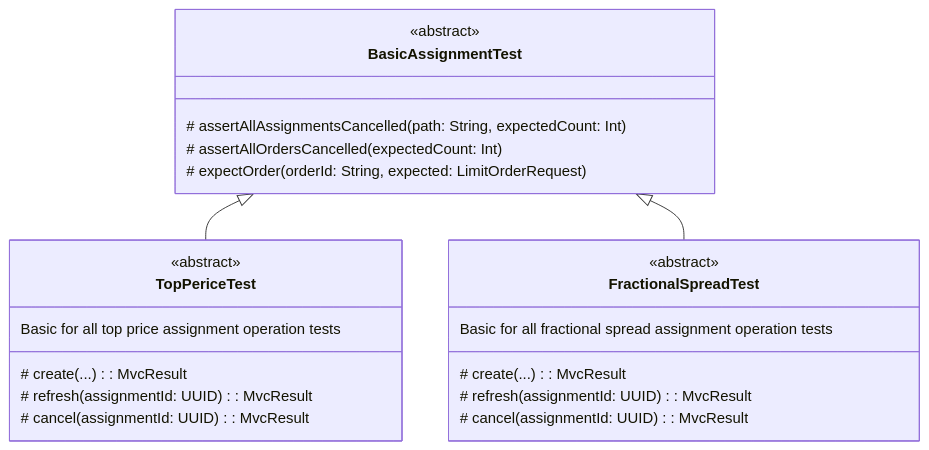
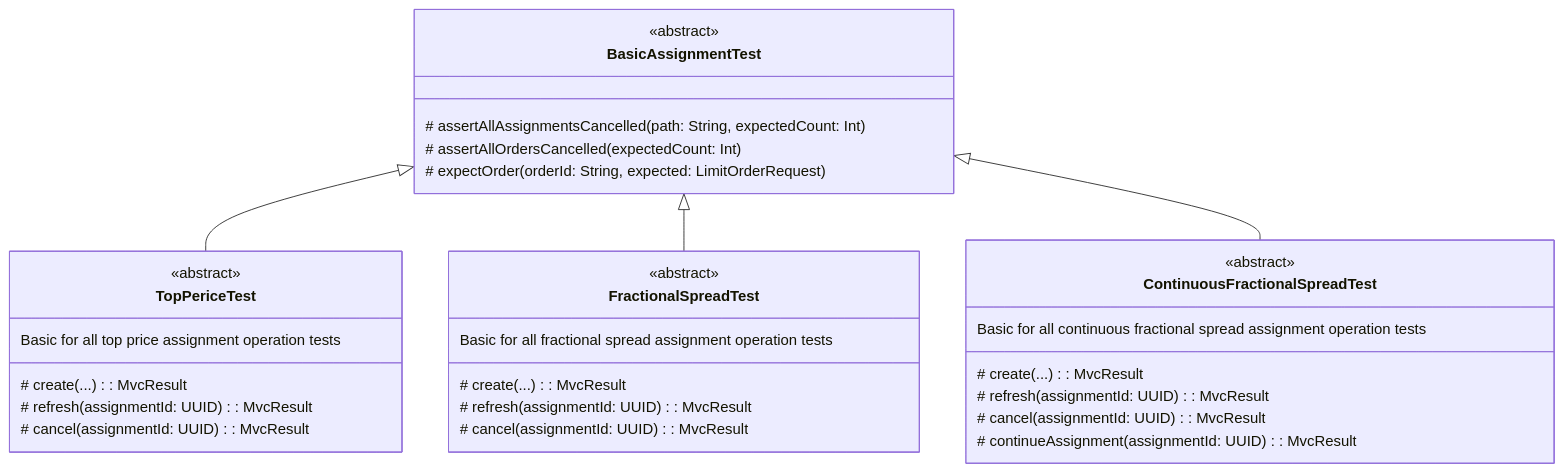
One commit to pashkovske/buratino changed the diagram in src/test/kotlin/ru/pashkovske/buratino/integration/assignment/code.md. Above: the diagram before and after it, drawn with Mermaid. The commit also changed other lines of this file and 8 other files, not shown here.

Commit message:
refactor continuous fractional spread assignments test

````diff
--- a/src/test/kotlin/ru/pashkovske/buratino/integration/assignment/code.md
+++ b/src/test/kotlin/ru/pashkovske/buratino/integration/assignment/code.md
@@ -19,26 +19,35 @@
 ```mermaid
 classDiagram
     class BasicAssignmentTest {
         <<abstract>>
         # assertAllAssignmentsCancelled(path: String, expectedCount: Int)
         # assertAllOrdersCancelled(expectedCount: Int)
         # expectOrder(orderId: String, expected: LimitOrderRequest)
     }
     class TopPericeTest {
         <<abstract>>
         Basic for all top price assignment operation tests
         # create(...): MvcResult
         # refresh(assignmentId: UUID): MvcResult
         # cancel(assignmentId: UUID): MvcResult
     }
     class FractionalSpreadTest {
         <<abstract>>
         Basic for all fractional spread assignment operation tests
         # create(...): MvcResult
         # refresh(assignmentId: UUID): MvcResult
         # cancel(assignmentId: UUID): MvcResult
     }
+    class ContinuousFractionalSpreadTest {
+        <<abstract>>
+        Basic for all continuous fractional spread assignment operation tests
+        # create(...): MvcResult
+        # refresh(assignmentId: UUID): MvcResult
+        # cancel(assignmentId: UUID): MvcResult
+        # continueAssignment(assignmentId: UUID): MvcResult
+    }
 
     BasicAssignmentTest <|-- TopPericeTest
     BasicAssignmentTest <|-- FractionalSpreadTest
+    BasicAssignmentTest <|-- ContinuousFractionalSpreadTest
 ```
````
